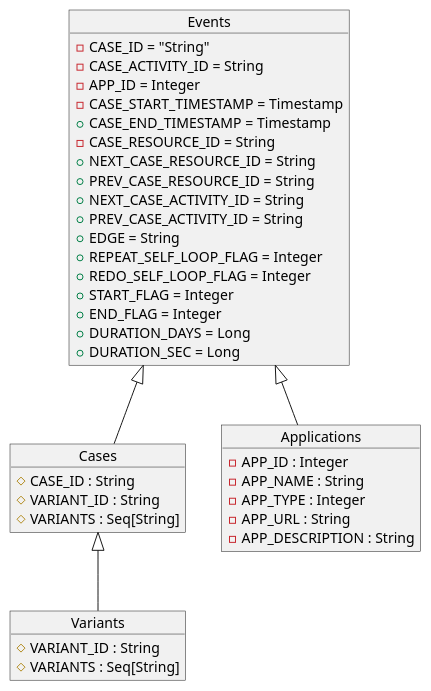
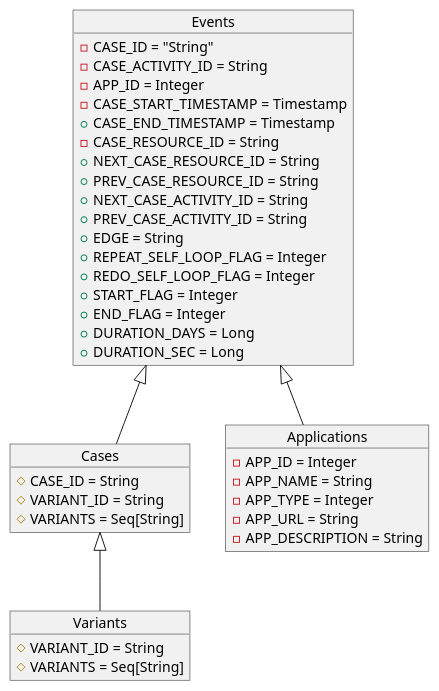
One commit to fcenedes/flows changed the diagram in flow.md. Above: the diagram before and after it, drawn with PlantUML.

```diff
--- a/flow.md
+++ b/flow.md
@@ -20,49 +20,49 @@
 @startuml
 
 
-Object Events {
+object Events {
    -CASE_ID = "String"
    -CASE_ACTIVITY_ID = String
    -APP_ID = Integer
    -CASE_START_TIMESTAMP = Timestamp
    +CASE_END_TIMESTAMP = Timestamp
    -CASE_RESOURCE_ID = String
    +NEXT_CASE_RESOURCE_ID = String
    +PREV_CASE_RESOURCE_ID = String
    +NEXT_CASE_ACTIVITY_ID = String
    +PREV_CASE_ACTIVITY_ID = String
    +EDGE = String
    +REPEAT_SELF_LOOP_FLAG = Integer
    +REDO_SELF_LOOP_FLAG = Integer
    +START_FLAG = Integer
    +END_FLAG = Integer
    +DURATION_DAYS = Long
    +DURATION_SEC = Long
    
 }
 
-Object Cases {
-  #CASE_ID : String
-  #VARIANT_ID : String
-  #VARIANTS : Seq[String]
+object Cases {
+  #CASE_ID = String
+  #VARIANT_ID = String
+  #VARIANTS = Seq[String]
 }
 
-Object Variants {
-   #VARIANT_ID : String
-   #VARIANTS : Seq[String]
+object Variants {
+   #VARIANT_ID = String
+   #VARIANTS = Seq[String]
 }
 
-Object Applications {
-   -APP_ID : Integer
-   -APP_NAME : String
-   -APP_TYPE : Integer
-   -APP_URL : String
-   -APP_DESCRIPTION : String
+object Applications {
+   -APP_ID = Integer
+   -APP_NAME = String
+   -APP_TYPE = Integer
+   -APP_URL = String
+   -APP_DESCRIPTION = String
 }
 
 
 Events <|-- Cases
 Cases <|-- Variants
 Events <|-- Applications
 
 @enduml
```
